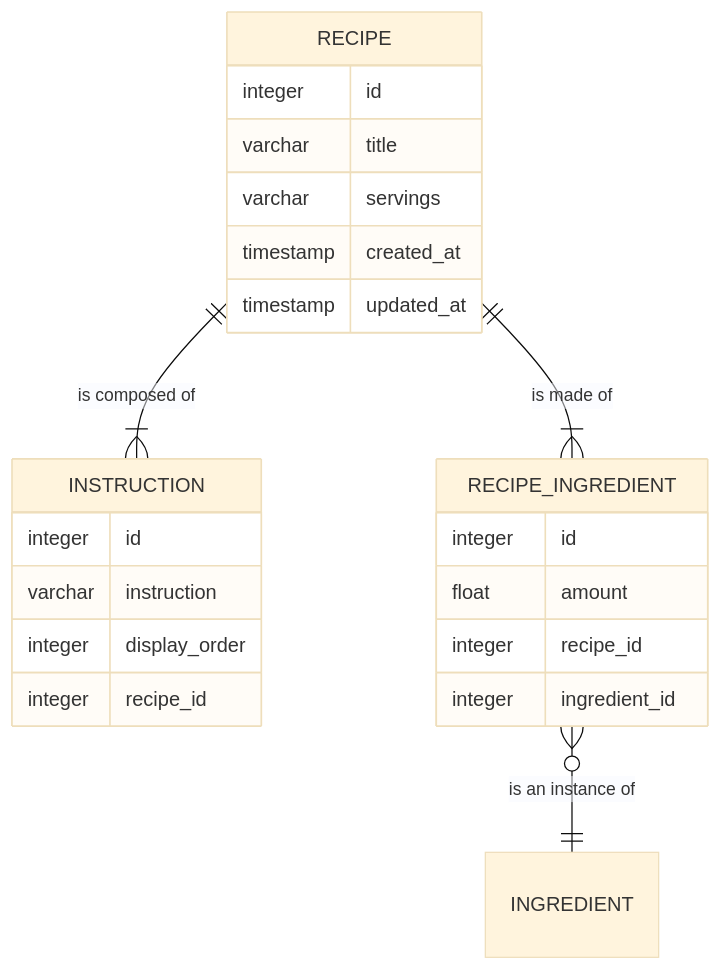
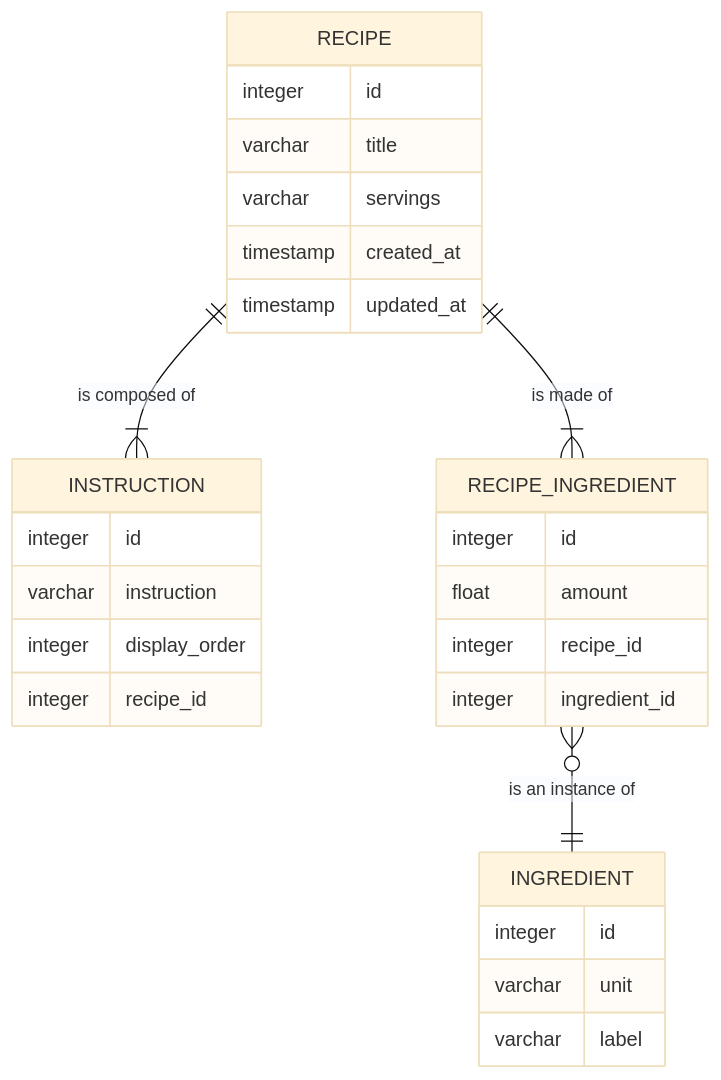
The diagram in backend/readme.md (Hack-Weekly/crimson-eagle-recipe-app), drawn with Mermaid (base theme) before and after one commit.

Commit message:
Update readme.md
Added the Ingredients to the ER diagram

````diff
--- a/backend/readme.md
+++ b/backend/readme.md
@@ -2,34 +2,40 @@
 ```mermaid
 erDiagram
 
   RECIPE
   INSTRUCTION
   RECIPE_INGREDIENT
   INGREDIENT
 
   RECIPE ||--|{ INSTRUCTION : "is composed of"
   RECIPE ||--|{ RECIPE_INGREDIENT : "is made of"
   RECIPE_INGREDIENT }o--|| INGREDIENT : "is an instance of"
 
   RECIPE {
     integer id
     varchar title
     varchar servings
     timestamp created_at
     timestamp updated_at
   }
 
   INSTRUCTION {
     integer id
     varchar instruction
     integer display_order
     integer recipe_id
   }
 
   RECIPE_INGREDIENT {
     integer id
     float amount
     integer recipe_id
     integer ingredient_id
   }
+
+  INGREDIENT {
+    integer id
+    varchar unit
+    varchar label
+  }
 ```
````
